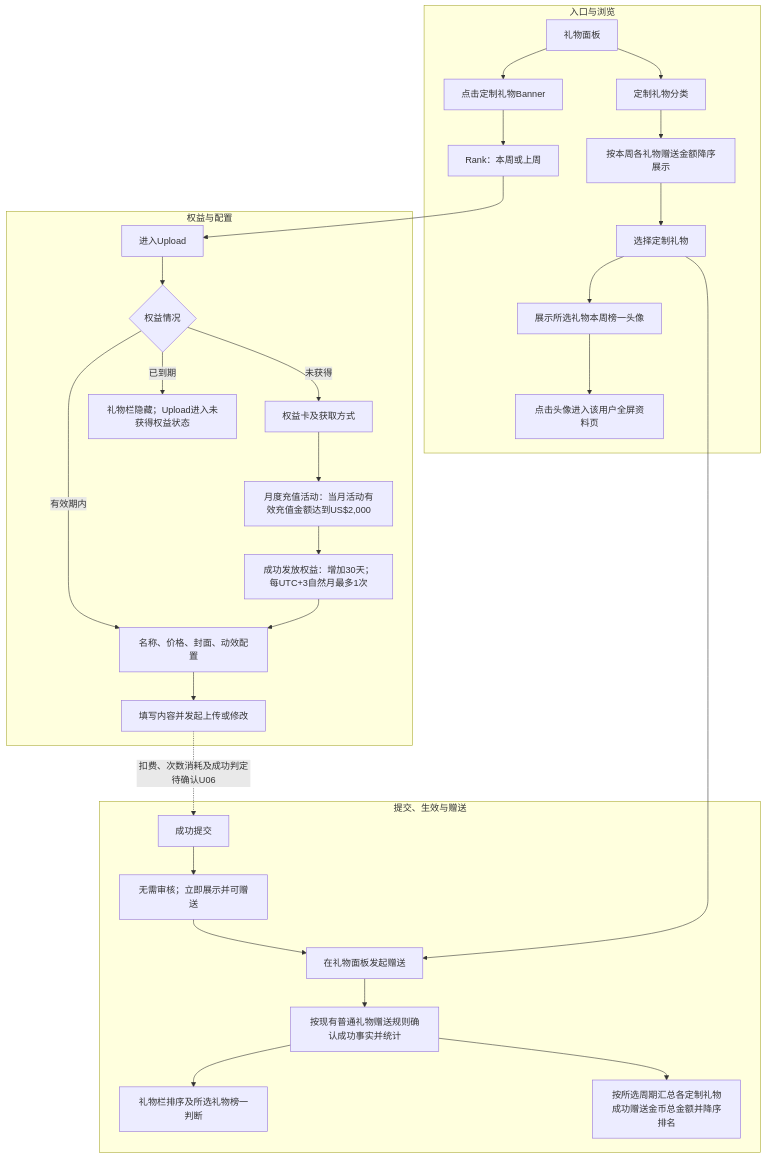
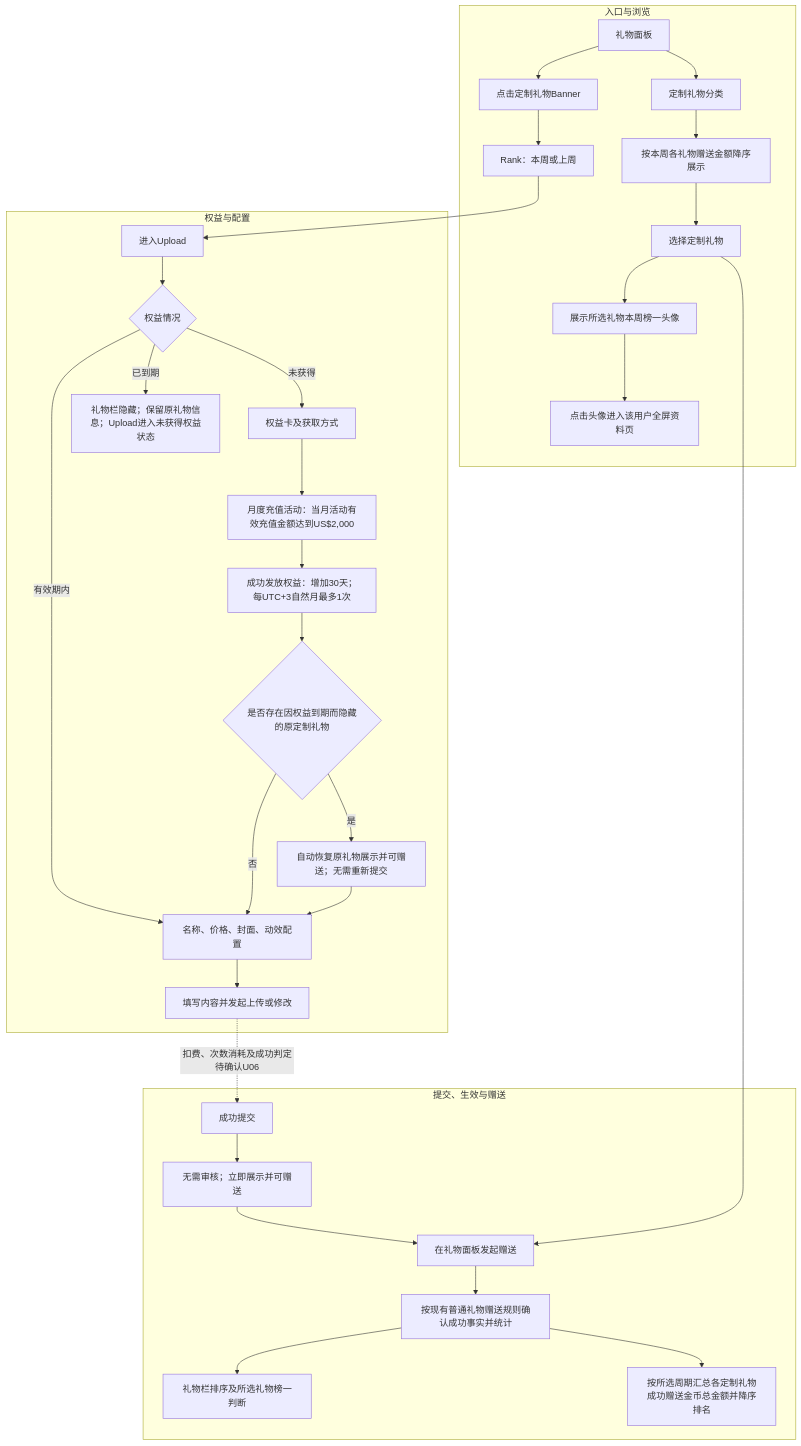
One commit to kocekid/TOPKHALIJ_2.1.40 changed the first of 3 diagrams in 定制礼物需求文档.md. Above: the diagram before and after it, drawn with Mermaid. The commit also changed other lines of this file and 12 other files, not shown here.

````diff
--- a/定制礼物需求文档.md
+++ b/定制礼物需求文档.md
@@ -89,32 +91,35 @@
 ```mermaid
 flowchart TD
     subgraph A["入口与浏览"]
       A1["礼物面板"] --> A2["定制礼物分类"]
       A2 --> A3["按本周各礼物赠送金额降序展示"]
       A3 --> A4["选择定制礼物"]
       A4 --> A5["展示所选礼物本周榜一头像"]
       A5 --> A6["点击头像进入该用户全屏资料页"]
       A1 --> A7["点击定制礼物Banner"]
       A7 --> A8["Rank：本周或上周"]
     end
     subgraph B["权益与配置"]
       A8 --> B1["进入Upload"]
       B1 --> B2{"权益情况"}
       B2 -- "未获得" --> B3["权益卡及获取方式"]
       B3 --> B4["月度充值活动：当月活动有效充值金额达到US$2,000"]
       B4 --> B5["成功发放权益：增加30天；每UTC+3自然月最多1次"]
       B2 -- "有效期内" --> B6["名称、价格、封面、动效配置"]
-      B5 --> B6
-      B2 -- "已到期" --> B7["礼物栏隐藏；Upload进入未获得权益状态"]
+      B5 --> B5A{"是否存在因权益到期而隐藏的原定制礼物"}
+      B5A -- "是" --> B5B["自动恢复原礼物展示并可赠送；无需重新提交"]
+      B5A -- "否" --> B6
+      B5B --> B6
+      B2 -- "已到期" --> B7["礼物栏隐藏；保留原礼物信息；Upload进入未获得权益状态"]
       B6 --> B8["填写内容并发起上传或修改"]
     end
     subgraph C["提交、生效与赠送"]
       B8 -. "扣费、次数消耗及成功判定待确认U06" .-> C1["成功提交"]
       C1 --> C2["无需审核；立即展示并可赠送"]
       C2 --> C3["在礼物面板发起赠送"]
       A4 --> C3
       C3 --> C4["按现有普通礼物赠送规则确认成功事实并统计"]
       C4 --> C5["礼物栏排序及所选礼物榜一判断"]
       C4 --> C6["按所选周期汇总各定制礼物成功赠送金币总金额并降序排名"]
     end
 ```
````
